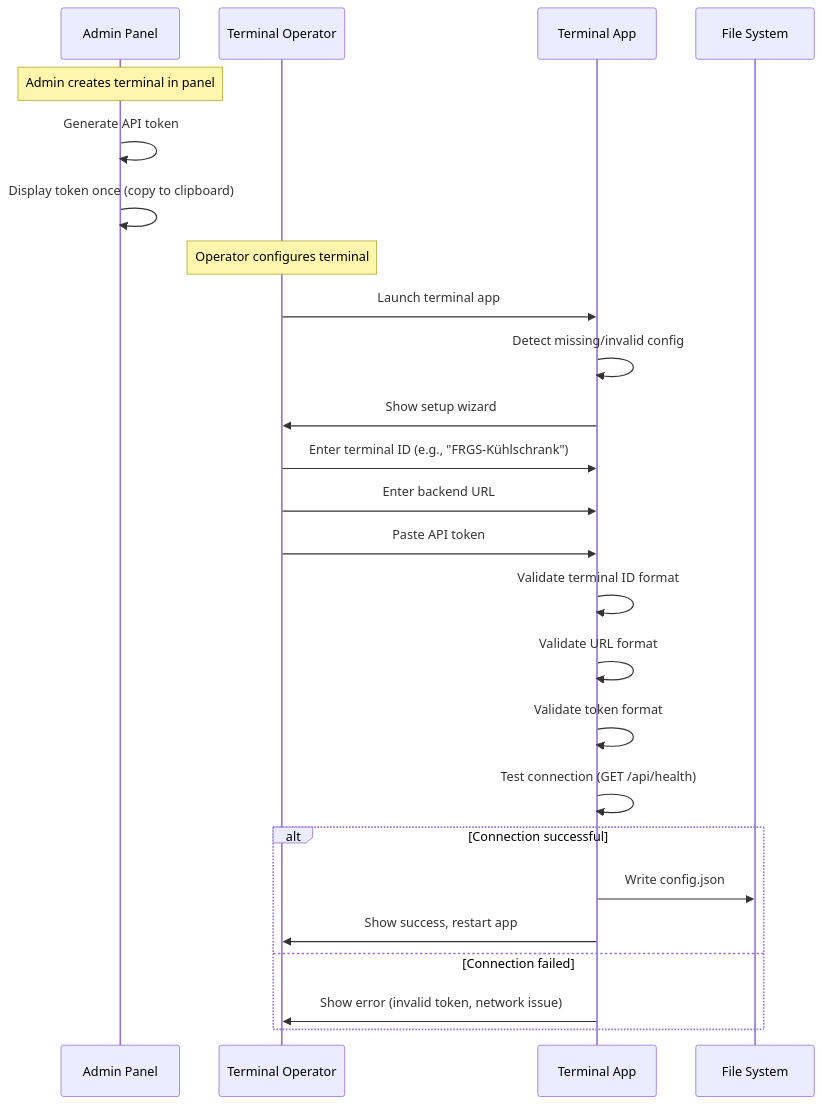
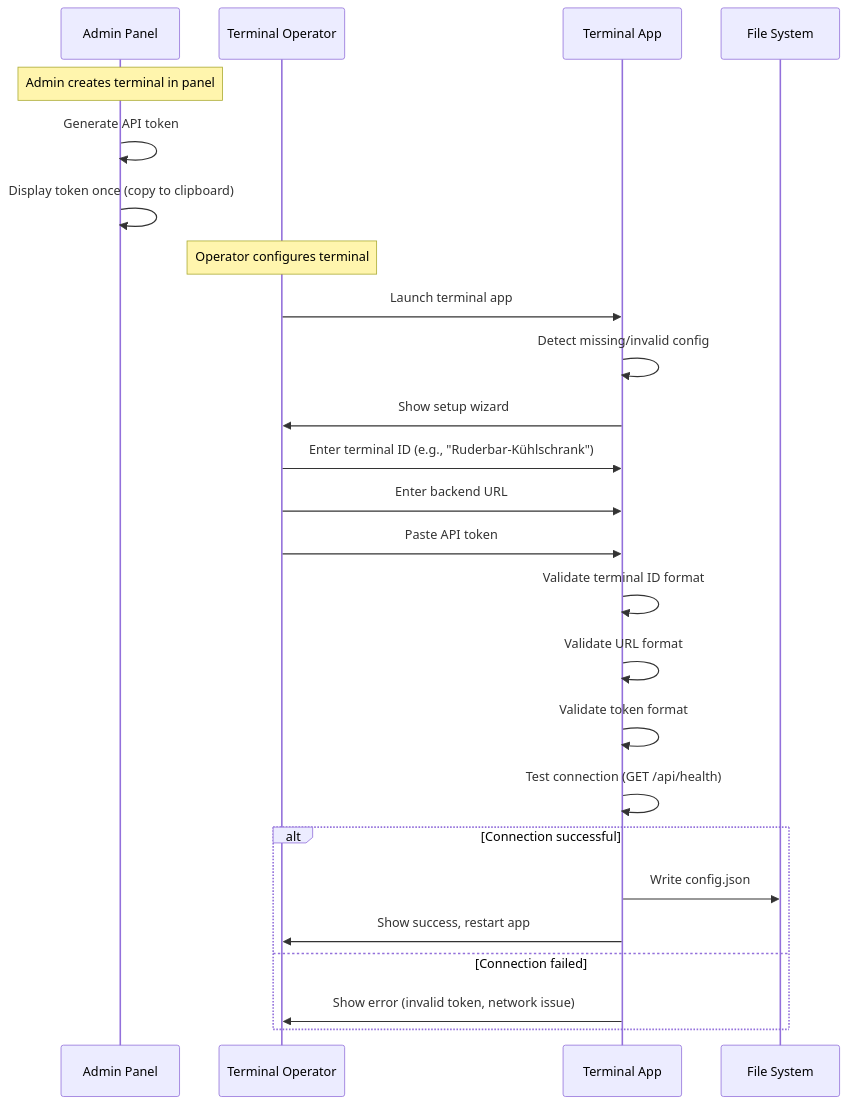
The second of 2 diagrams in adr/0019-frontend-access-token-configuration.md (dgloeckner/clubbar), drawn with Mermaid before and after one commit. The commit also changed other lines of this file and 25 other files, not shown here.

````diff
--- a/adr/0019-frontend-access-token-configuration.md
+++ b/adr/0019-frontend-access-token-configuration.md
@@ -166,32 +166,32 @@
 ```mermaid
 sequenceDiagram
     participant Admin as Admin Panel
     participant Operator as Terminal Operator
     participant Terminal as Terminal App
     participant FS as File System
 
     Note over Admin: Admin creates terminal in panel
     Admin->>Admin: Generate API token
     Admin->>Admin: Display token once (copy to clipboard)
 
     Note over Operator: Operator configures terminal
     Operator->>Terminal: Launch terminal app
     Terminal->>Terminal: Detect missing/invalid config
     Terminal->>Operator: Show setup wizard
 
-    Operator->>Terminal: Enter terminal ID (e.g., "FRGS-Kühlschrank")
+    Operator->>Terminal: Enter terminal ID (e.g., "Ruderbar-Kühlschrank")
     Operator->>Terminal: Enter backend URL
     Operator->>Terminal: Paste API token
 
     Terminal->>Terminal: Validate terminal ID format
     Terminal->>Terminal: Validate URL format
     Terminal->>Terminal: Validate token format
     Terminal->>Terminal: Test connection (GET /api/health)
 
     alt Connection successful
         Terminal->>FS: Write config.json
         Terminal->>Operator: Show success, restart app
     else Connection failed
         Terminal->>Operator: Show error (invalid token, network issue)
     end
 ```
````
